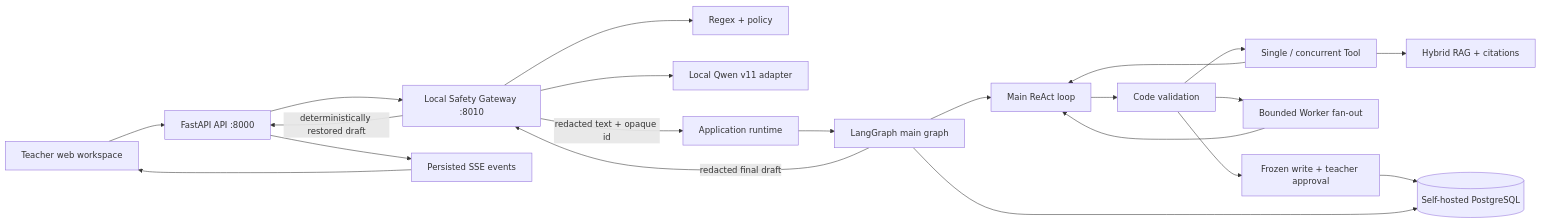
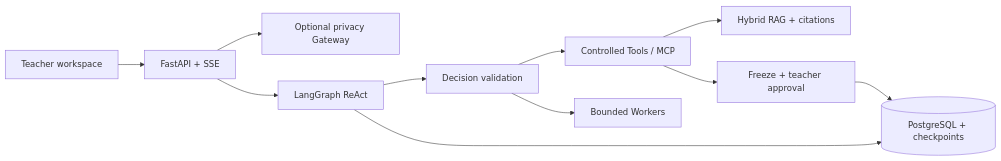
The diagram in README.md (MengC-OvO/easy-teaching), drawn with Mermaid before and after one commit. The commit also changed other lines of this file and 9 other files, not shown here.

````diff
--- a/README.md
+++ b/README.md
@@ -63,23 +20,13 @@
 ```mermaid
 flowchart LR
-    Browser["Teacher web workspace"] --> API["FastAPI API :8000"]
-    API --> Gateway["Local Safety Gateway :8010"]
-    Gateway --> Rules["Regex + policy"]
-    Gateway --> Qwen["Local Qwen v11 adapter"]
-    Gateway -->|redacted text + opaque id| Runtime["Application runtime"]
-    Runtime --> Graph["LangGraph main graph"]
-    Graph --> Main["Main ReAct loop"]
-    Main --> Validate["Code validation"]
-    Validate --> Tools["Single / concurrent Tool"]
-    Validate --> Workers["Bounded Worker fan-out"]
-    Tools --> Main
-    Workers --> Main
-    Tools --> Knowledge["Hybrid RAG + citations"]
-    Validate --> Approval["Frozen write + teacher approval"]
-    Approval --> Store
-    Graph --> Store[("Self-hosted PostgreSQL")]
-    Graph -->|redacted final draft| Gateway
-    Gateway -->|deterministically restored draft| API
-    API --> Events["Persisted SSE events"]
-    Events --> Browser
+    Browser[Teacher workspace] --> API[FastAPI + SSE]
+    API --> Gateway[Optional privacy Gateway]
+    API --> Graph[LangGraph ReAct]
+    Graph --> Validate[Decision validation]
+    Validate --> Tools[Controlled Tools / MCP]
+    Validate --> Workers[Bounded Workers]
+    Tools --> RAG[Hybrid RAG + citations]
+    Tools --> Approval[Freeze + teacher approval]
+    Graph --> DB[(PostgreSQL + checkpoints)]
+    Approval --> DB
 ```
````
